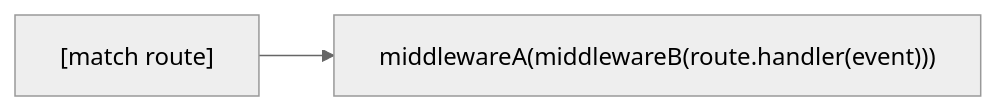
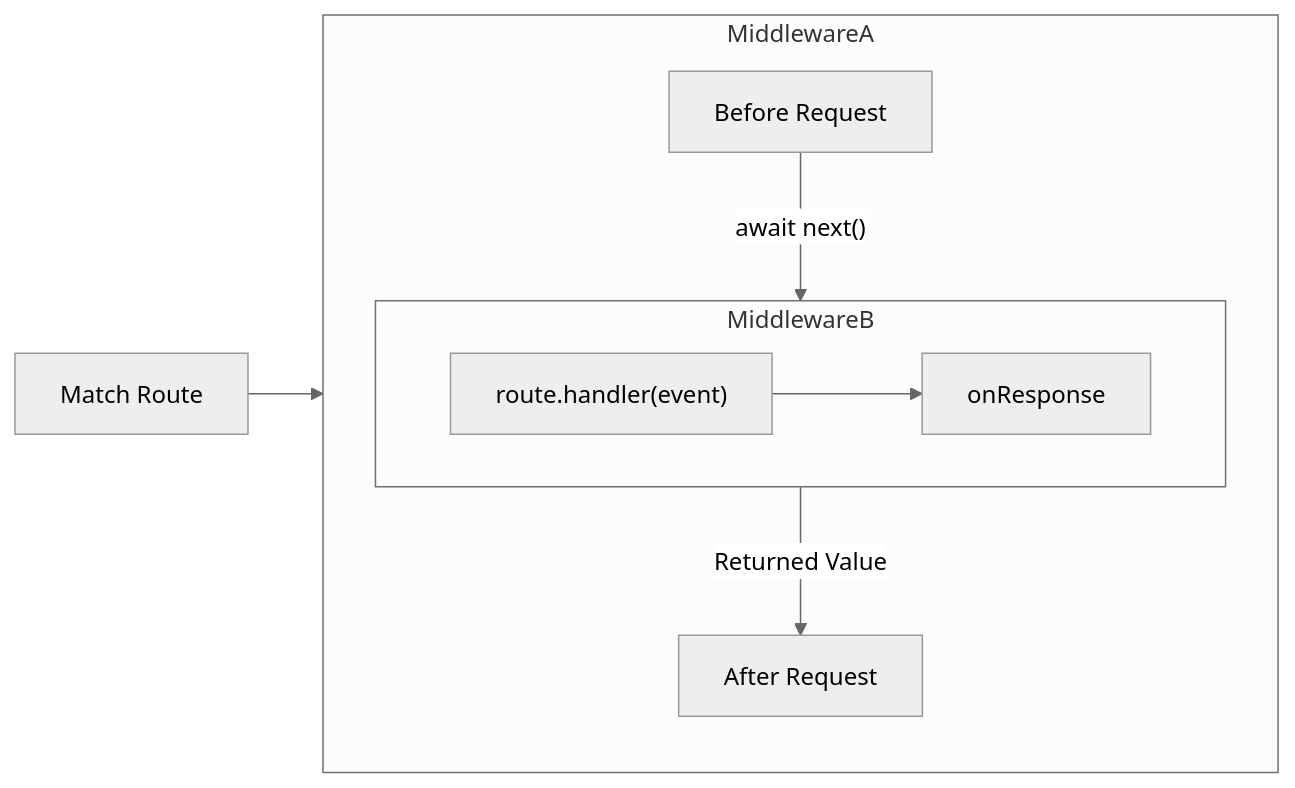
One commit to h3js/h3 changed the third of 4 diagrams in docs/1.guide/1.basics/1.lifecycle.md. Above: the diagram before and after it, drawn with Mermaid.

Commit message:
docs: updated visualization for dispatch request lifecycle

````diff
--- a/docs/1.guide/1.basics/1.lifecycle.md
+++ b/docs/1.guide/1.basics/1.lifecycle.md
@@ -44,8 +44,29 @@
 ```mermaid
 %%{init: {'theme':'neutral'}}%%
 flowchart LR
-  C1["[match route]"] --> C2["middlewareA(middlewareB(route.handler(event)))"]
+  subgraph M1["MiddlewareA"]
+    direction TB
+
+    M1H1["Before Request"]
+
+    subgraph M2["MiddlewareB"]
+      direction LR
+
+      R["route.handler(event)"]
+
+      M2H["onResponse"]
+    end
+
+    M1H2["After Request"]
+  end
+
+  C1["Match Route"] --> M1
+  M1H1 -- "await next()" --> M2 -- "Returned Value" --> M1H2
+  R --> M2H
 
 click C1 "/guide/basics/routing"
-click C2 "/guide/basics/middleware"
+click M1H1 "/guide/basics/middleware"
+click M1H2 "/guide/basics/middleware"
+click M2H "/utils/more#onresponsehook"
+click R "/guide/basics/handler"
 ```
````
